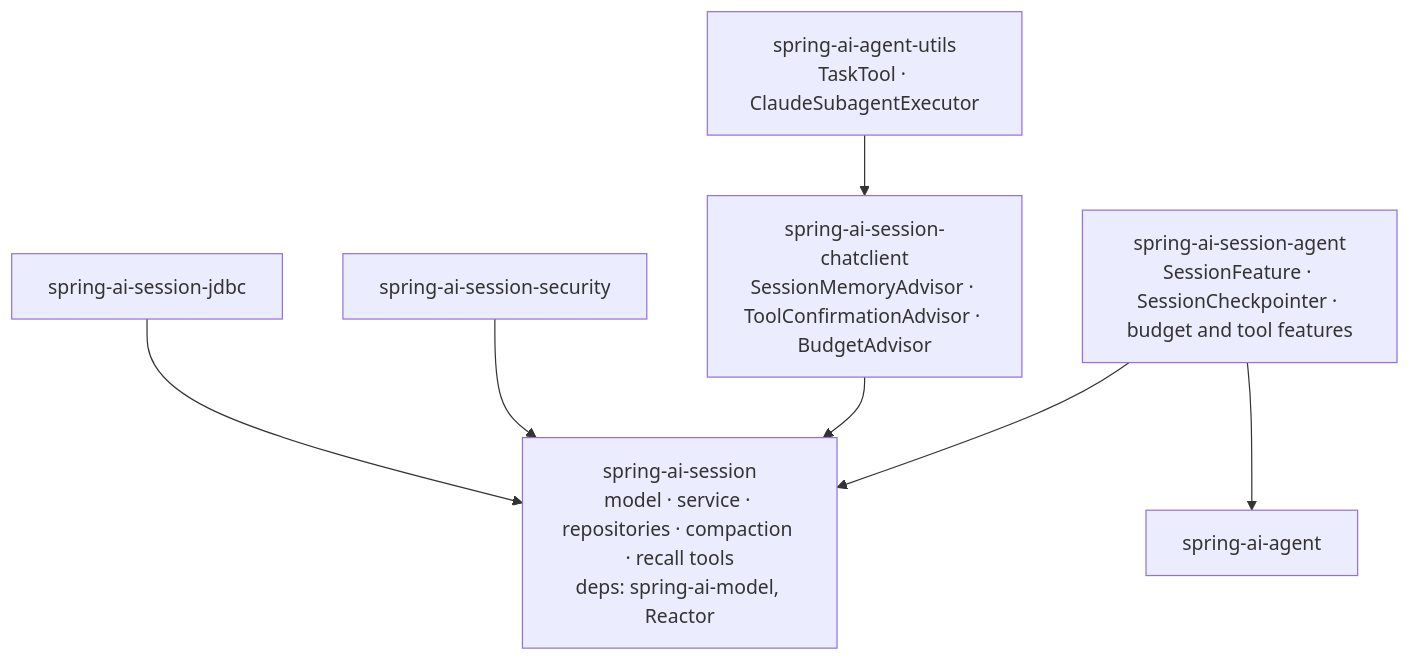
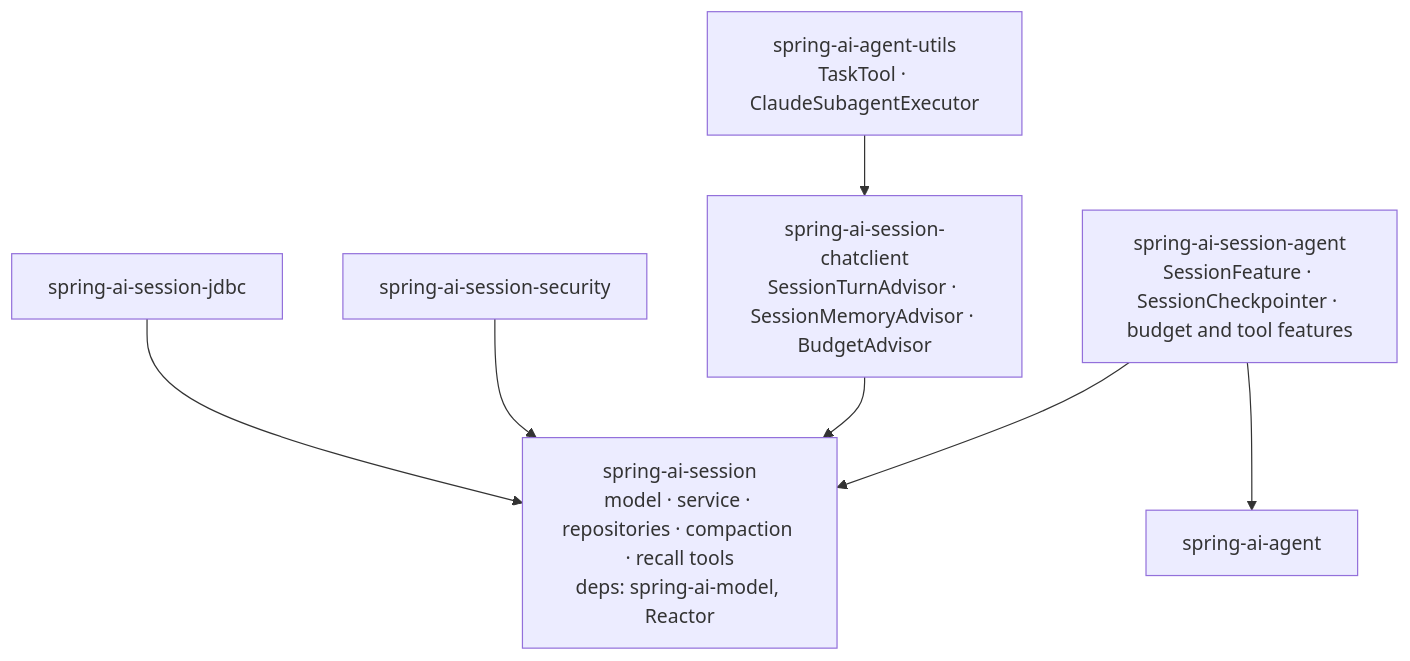
The third of 4 diagrams in design/reports/meeting/spring-ai-new-session-design.md (spring-ai-community/spring-ai-session), drawn with Mermaid before and after one commit. The commit also changed other lines of this file and 25 other files, not shown here.

````diff
--- a/design/reports/meeting/spring-ai-new-session-design.md
+++ b/design/reports/meeting/spring-ai-new-session-design.md
@@ -367,16 +367,16 @@
 ```mermaid
 flowchart TB
     core["spring-ai-session<br/>model · service · repositories · compaction · recall tools<br/>deps: spring-ai-model, Reactor"]
     jdbc["spring-ai-session-jdbc"]
     sec["spring-ai-session-security"]
-    cc["spring-ai-session-chatclient<br/>SessionMemoryAdvisor · ToolConfirmationAdvisor · BudgetAdvisor"]
+    cc["spring-ai-session-chatclient<br/>SessionTurnAdvisor · SessionMemoryAdvisor · BudgetAdvisor"]
     ag["spring-ai-session-agent<br/>SessionFeature · SessionCheckpointer · budget and tool features"]
     au["spring-ai-agent-utils<br/>TaskTool · ClaudeSubagentExecutor"]
     saa["spring-ai-agent"]
     jdbc --> core
     sec --> core
     cc --> core
     ag --> core
     ag --> saa
     au --> cc
 ```
````
